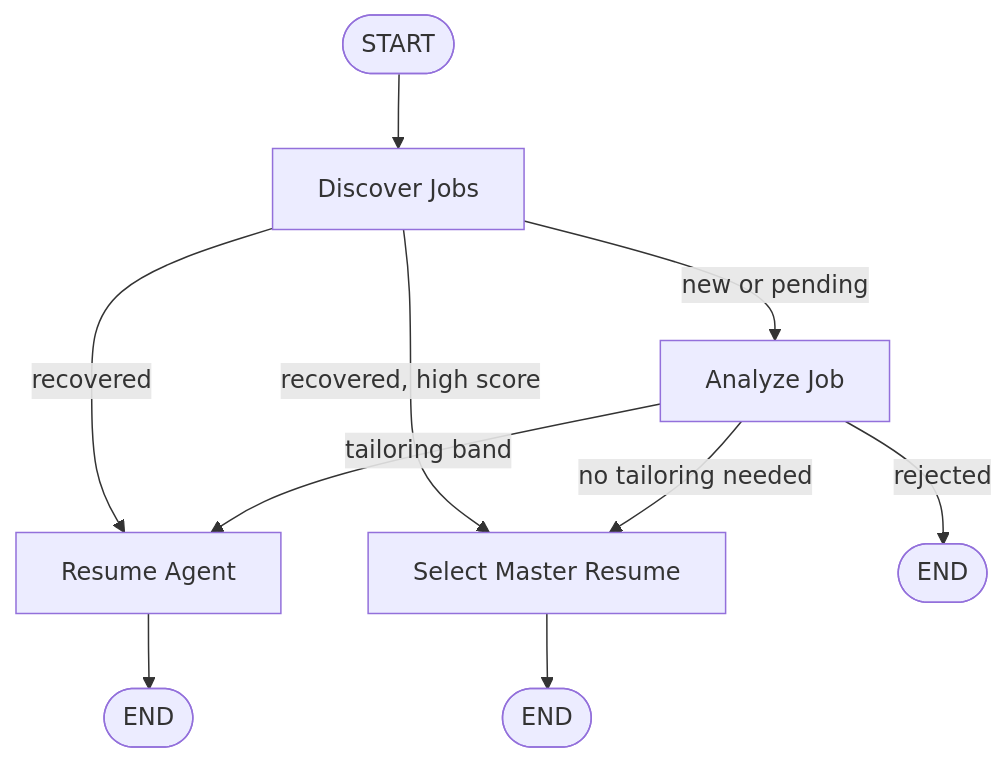
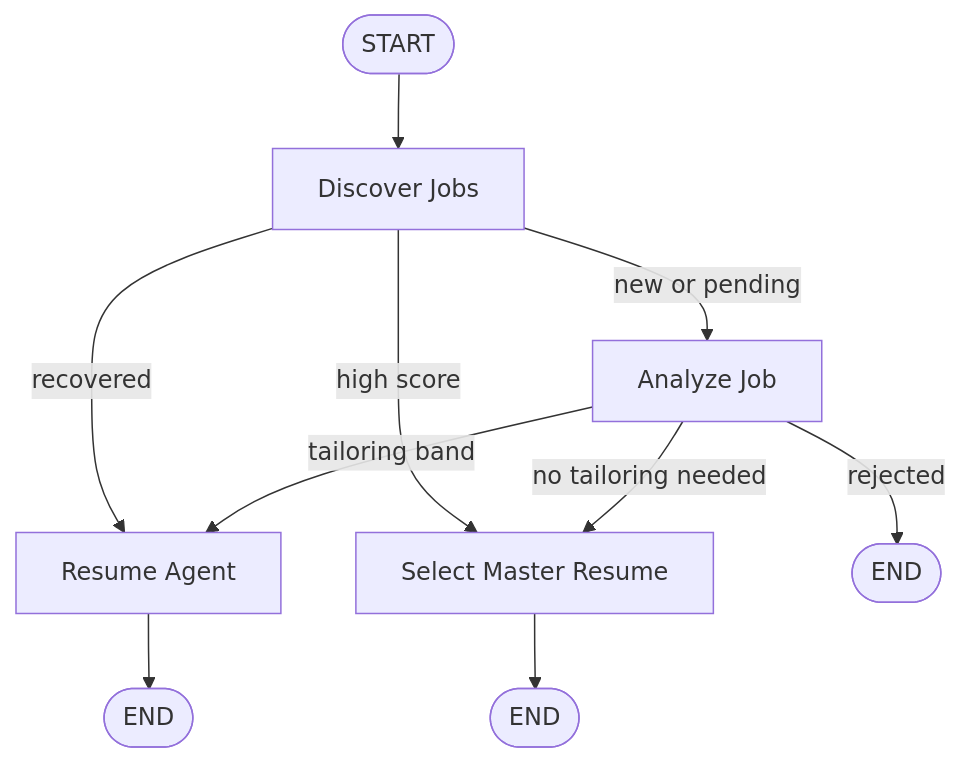
The first of 2 diagrams in README.md (savsuth/Jobify), drawn with Mermaid before and after one commit.

````diff
--- a/README.md
+++ b/README.md
@@ -50,12 +50,12 @@
 ```mermaid
 flowchart TD
     START([START]) --> DJ[Discover Jobs]
     DJ -->|new or pending| AJ[Analyze Job]
     DJ -->|recovered| RA[Resume Agent]
-    DJ -->|recovered, high score| SM[Select Master Resume]
+    DJ -->|high score| SM[Select Master Resume]
     AJ -->|rejected| END1([END])
     AJ -->|tailoring band| RA
     AJ -->|no tailoring needed| SM
     RA --> END2([END])
     SM --> END3([END])
 ```
````
